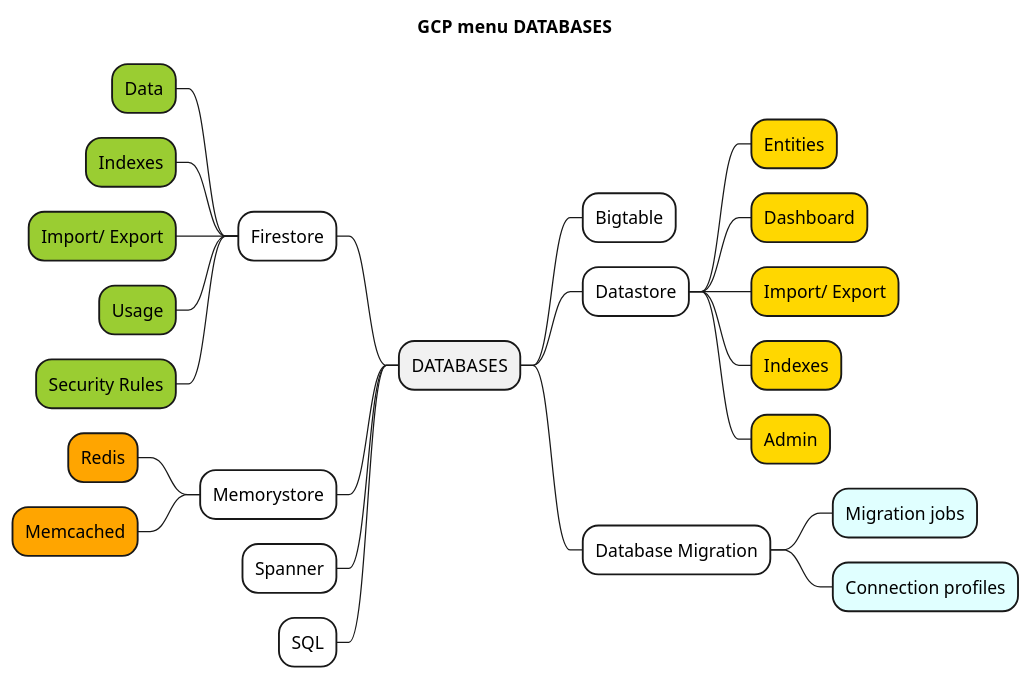
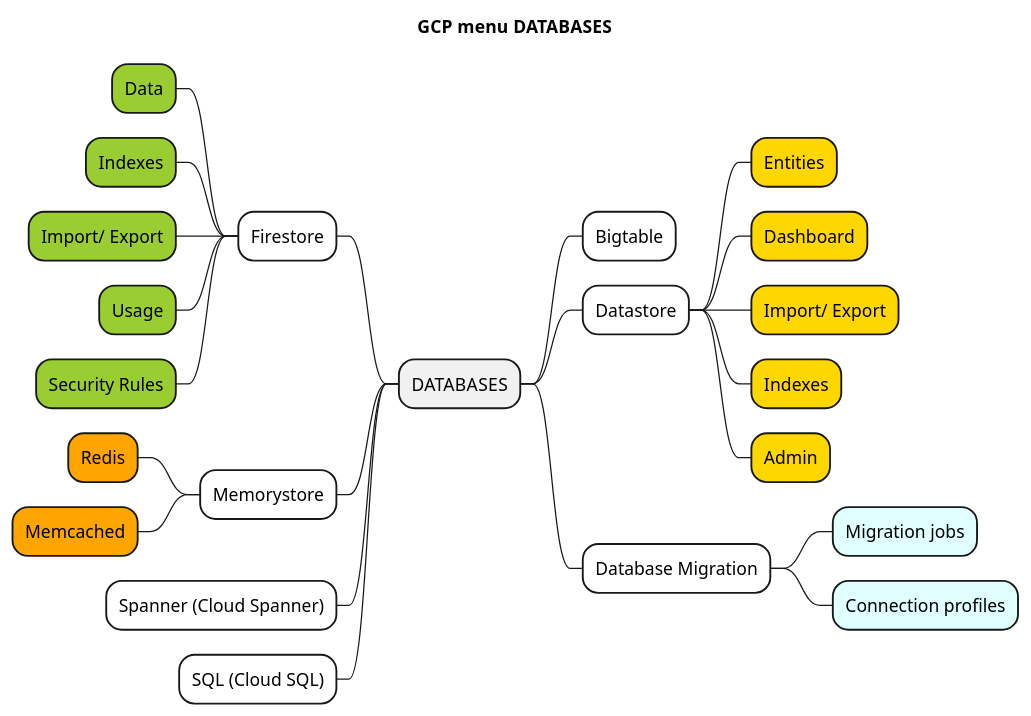
One commit to pham-anh/learn-lpic changed the diagram in gcp/img/gcp_menu4_databases.puml. Above: the diagram before and after it, drawn with PlantUML. The commit also changed 9 other files, not shown here.

```diff
--- a/gcp/img/gcp_menu4_databases.puml
+++ b/gcp/img/gcp_menu4_databases.puml
@@ -1,31 +1,31 @@
 @startmindmap
 title GCP menu DATABASES
 * DATABASES
 **[#White] Bigtable
 
 **[#White] Datastore
 ***[#Gold] Entities
 ***[#Gold] Dashboard
 ***[#Gold] Import/ Export
 ***[#Gold] Indexes
 ***[#Gold] Admin
 
 **[#White] Database Migration
 ***[#LightCyan] Migration jobs
 ***[#LightCyan] Connection profiles
 
 --[#White] Firestore
 ---[#YellowGreen] Data
 ---[#YellowGreen] Indexes
 ---[#YellowGreen] Import/ Export
 ---[#YellowGreen] Usage
 ---[#YellowGreen] Security Rules
 
 --[#White] Memorystore
 ---[#Orange] Redis
 ---[#Orange] Memcached
 
---[#White] Spanner
---[#White] SQL
+--[#White] Spanner (Cloud Spanner)
+--[#White] SQL (Cloud SQL)
 
 @endmindmap
```
